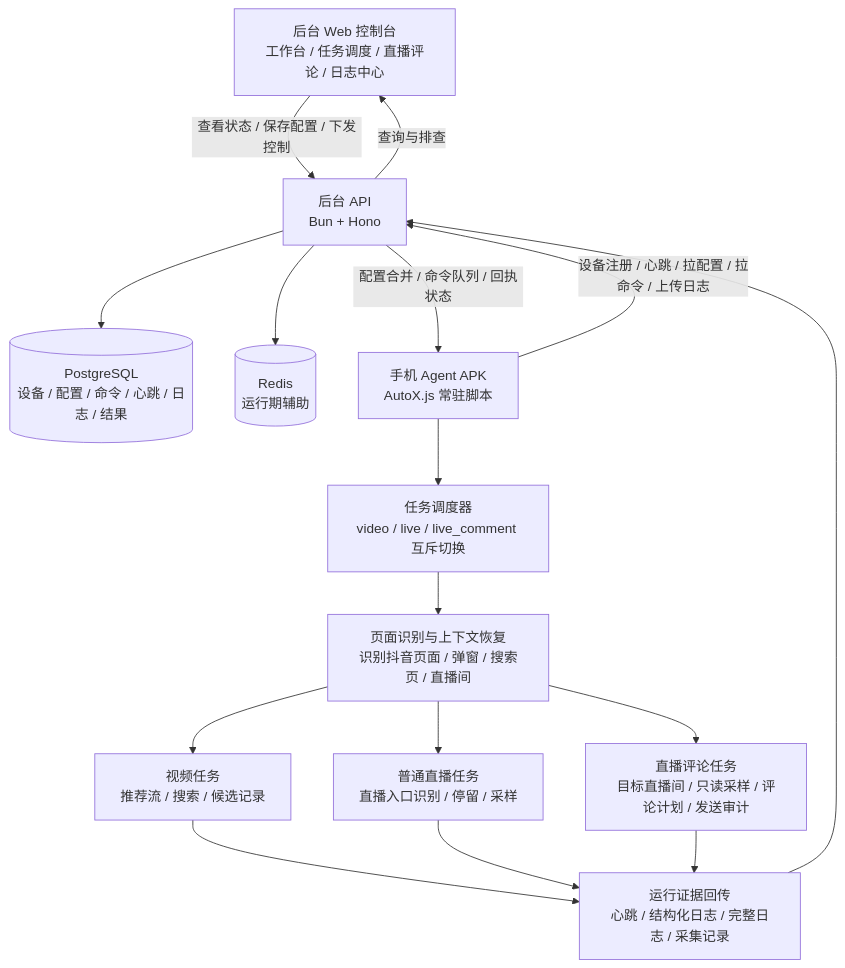
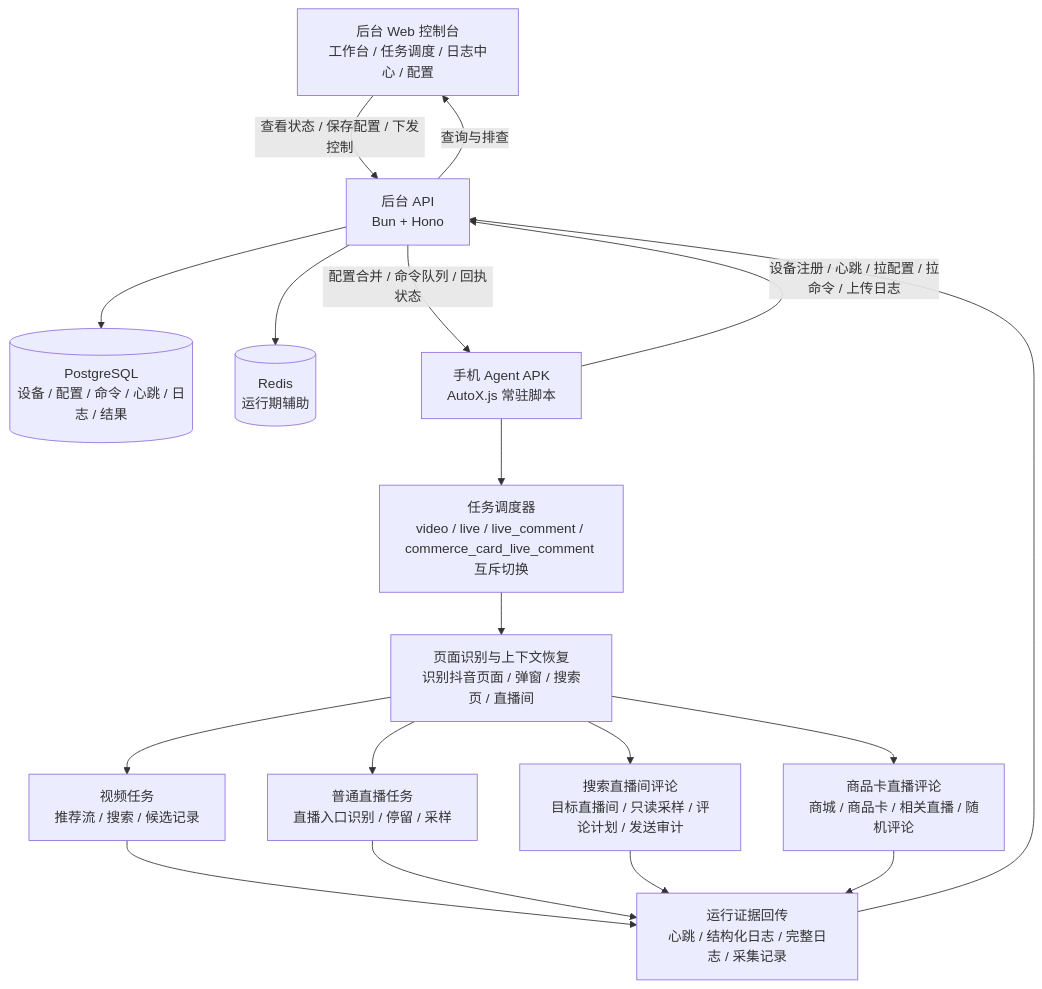
One commit to 123456789Jhx/Auto-Collection changed the first of 3 diagrams in docs/项目说明/项目流程图.md. Above: the diagram before and after it, drawn with Mermaid. The commit also changed other lines of this file and 30 other files, not shown here.

````diff
--- a/docs/项目说明/项目流程图.md
+++ b/docs/项目说明/项目流程图.md
@@ -9,22 +9,24 @@
 ```mermaid
 flowchart TD
-  Web[后台 Web 控制台<br/>工作台 / 任务调度 / 直播评论 / 日志中心] -->|查看状态 / 保存配置 / 下发控制| API[后台 API<br/>Bun + Hono]
+  Web[后台 Web 控制台<br/>工作台 / 任务调度 / 日志中心 / 配置] -->|查看状态 / 保存配置 / 下发控制| API[后台 API<br/>Bun + Hono]
   API --> DB[(PostgreSQL<br/>设备 / 配置 / 命令 / 心跳 / 日志 / 结果)]
   API --> Redis[(Redis<br/>运行期辅助)]
 
   Agent[手机 Agent APK<br/>AutoX.js 常驻脚本] -->|设备注册 / 心跳 / 拉配置 / 拉命令 / 上传日志| API
   API -->|配置合并 / 命令队列 / 回执状态| Agent
 
-  Agent --> Scheduler[任务调度器<br/>video / live / live_comment 互斥切换]
+  Agent --> Scheduler[任务调度器<br/>video / live / live_comment / commerce_card_live_comment 互斥切换]
   Scheduler --> Recovery[页面识别与上下文恢复<br/>识别抖音页面 / 弹窗 / 搜索页 / 直播间]
 
   Recovery --> Video[视频任务<br/>推荐流 / 搜索 / 候选记录]
   Recovery --> Live[普通直播任务<br/>直播入口识别 / 停留 / 采样]
-  Recovery --> Comment[直播评论任务<br/>目标直播间 / 只读采样 / 评论计划 / 发送审计]
+  Recovery --> Comment[搜索直播间评论<br/>目标直播间 / 只读采样 / 评论计划 / 发送审计]
+  Recovery --> CommerceComment[商品卡直播评论<br/>商城 / 商品卡 / 相关直播 / 随机评论]
 
   Video --> Upload[运行证据回传<br/>心跳 / 结构化日志 / 完整日志 / 采集记录]
   Live --> Upload
   Comment --> Upload
+  CommerceComment --> Upload
   Upload --> API
   API -->|查询与排查| Web
 ```
````
